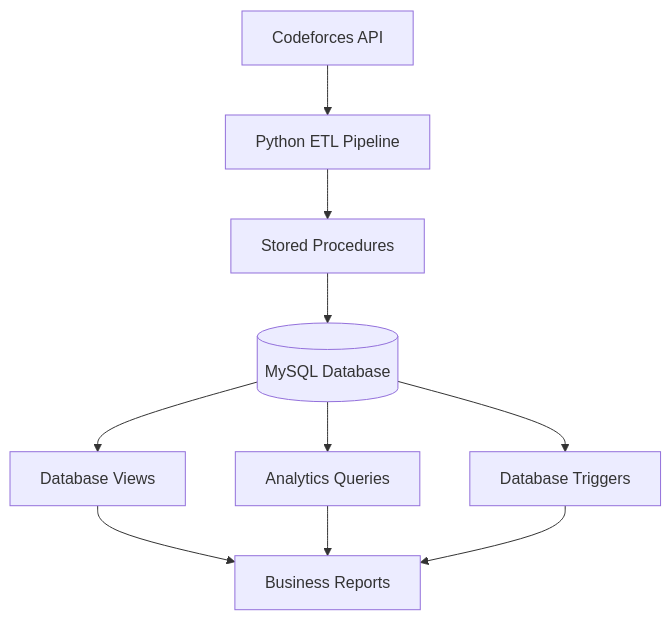
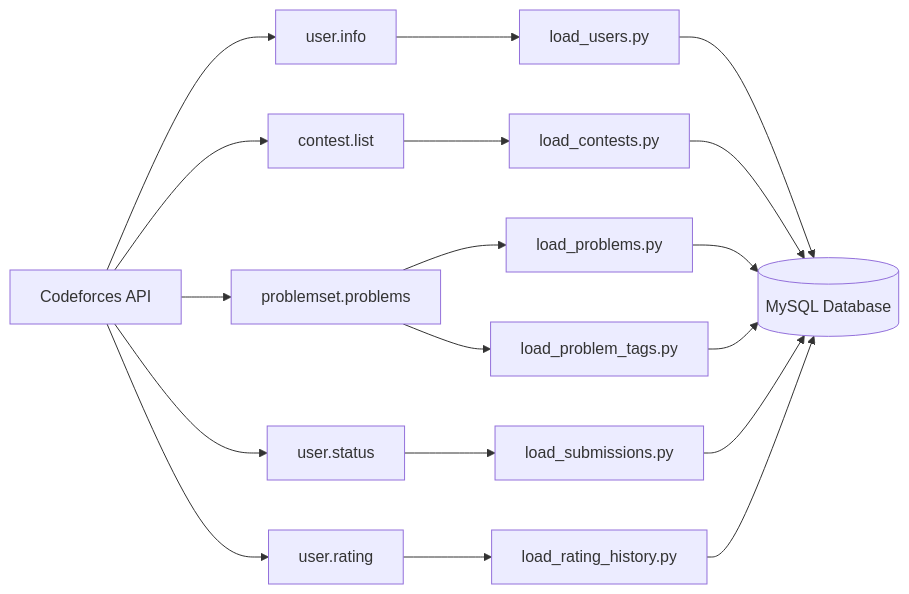
Before and after one commit to HAKUPA11/codeforces-analytics-platform: the diagram in README.md, drawn with Mermaid. The commit also changed other lines of this file, not shown here.

Commit message:
Revise ETL Workflow diagram in README
Updated the ETL Workflow diagram in the README to reflect new data flow and components.

````diff
--- a/README.md
+++ b/README.md
@@ -57,18 +57,25 @@
 ```mermaid
-flowchart TD
+flowchart LR
 
-    A[Codeforces API] --> B[Python ETL Pipeline]
+    A[Codeforces API]
 
-    B --> C[Stored Procedures]
+    A --> B1[user.info]
+    A --> B2[contest.list]
+    A --> B3[problemset.problems]
+    A --> B4[user.status]
+    A --> B5[user.rating]
 
-    C --> D[(MySQL Database)]
+    B1 --> C[load_users.py]
+    B2 --> D[load_contests.py]
+    B3 --> E[load_problems.py]
+    B3 --> F[load_problem_tags.py]
+    B4 --> G[load_submissions.py]
+    B5 --> H[load_rating_history.py]
 
-    D --> E[Database Views]
-    D --> F[Analytics Queries]
-    D --> G[Database Triggers]
-
-    E --> H[Business Reports]
-    F --> H
-    G --> H
-
+    C --> I[(MySQL Database)]
+    D --> I
+    E --> I
+    F --> I
+    G --> I
+    H --> I
 ```
````
